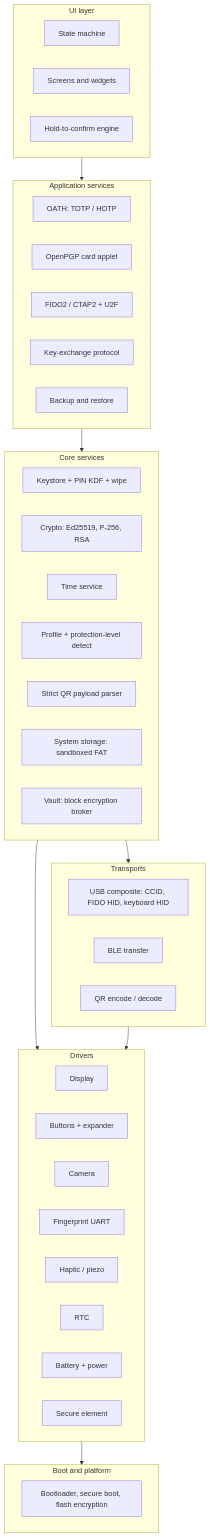
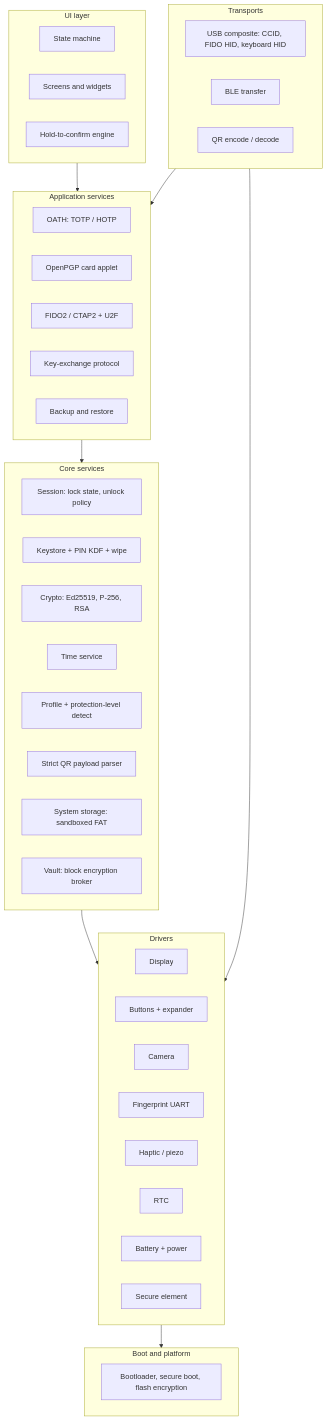
The third of 4 diagrams in LIBRA.md (voltpop/Libra), drawn with Mermaid before and after one commit. The commit also changed other lines of this file and 3 other files, not shown here.

First line of the commit message:
Session policy, backup and recovery, build checklist, key-exchange rework

````diff
--- a/LIBRA.md
+++ b/LIBRA.md
@@ -1294,52 +1316,52 @@
 ```mermaid
 flowchart TB
     subgraph UI[UI layer]
         SM[State machine]
         SCR[Screens and widgets]
         HOLD[Hold-to-confirm engine]
     end
 
     subgraph APP[Application services]
         OATH[OATH: TOTP / HOTP]
         PGP[OpenPGP card applet]
         FIDO[FIDO2 / CTAP2 + U2F]
         XCH[Key-exchange protocol]
         BKP[Backup and restore]
     end
 
     subgraph CORE[Core services]
+        SESS[Session: lock state, unlock policy]
         KS[Keystore + PIN KDF + wipe]
         CRY[Crypto: Ed25519, P-256, RSA]
         TIME[Time service]
         PROF[Profile + protection-level detect]
         QRP[Strict QR payload parser]
         STO[System storage: sandboxed FAT]
         VLT[Vault: block encryption broker]
     end
 
     subgraph XPORT[Transports]
         USBD[USB composite: CCID, FIDO HID, keyboard HID]
         BLE[BLE transfer]
         QRC[QR encode / decode]
     end
 
     subgraph DRV[Drivers]
         DISP[Display]
         INP[Buttons + expander]
         CAMD[Camera]
         FPD[Fingerprint UART]
         HAPD[Haptic / piezo]
         RTCD[RTC]
         PWR[Battery + power]
         SED[Secure element]
     end
 
     subgraph BOOT[Boot and platform]
         BL[Bootloader, secure boot, flash encryption]
     end
 
-    UI --> APP --> CORE --> XPORT
-    CORE --> DRV
+    UI --> APP --> CORE --> DRV --> BOOT
+    XPORT --> APP
     XPORT --> DRV
-    DRV --> BOOT
 ```
````
